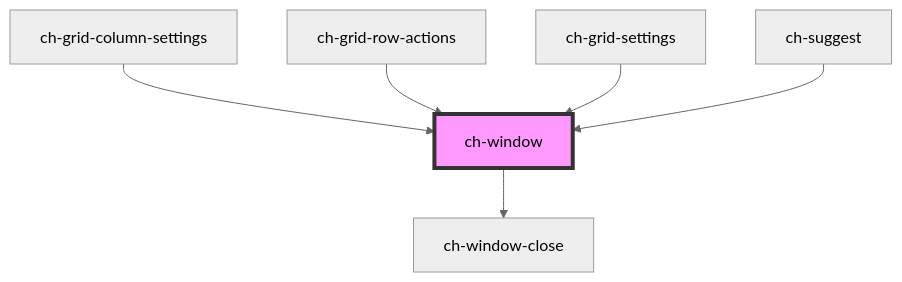
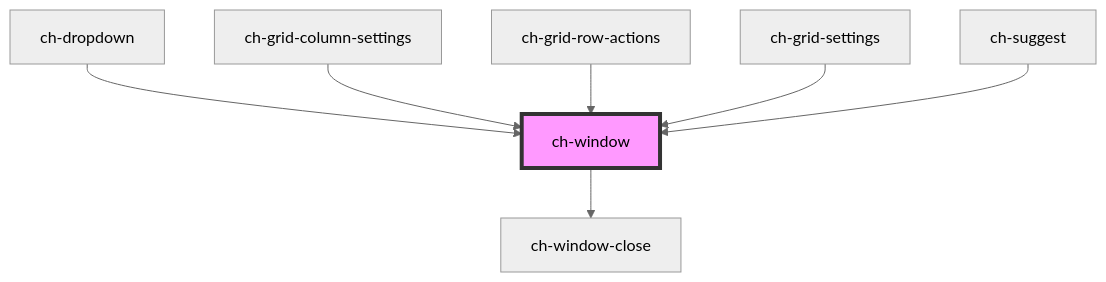
Before and after one commit to genexuslabs/chameleon-controls-library: the diagram in src/components/window/readme.md, drawn with Mermaid (neutral theme). The commit also changed other lines of this file and 6 other files, not shown here.

````diff
--- a/src/components/window/readme.md
+++ b/src/components/window/readme.md
@@ -60,9 +61,10 @@
 ```mermaid
 graph TD;
   ch-window --> ch-window-close
+  ch-dropdown --> ch-window
   ch-grid-column-settings --> ch-window
   ch-grid-row-actions --> ch-window
   ch-grid-settings --> ch-window
   ch-suggest --> ch-window
   style ch-window fill:#f9f,stroke:#333,stroke-width:4px
 ```
````
